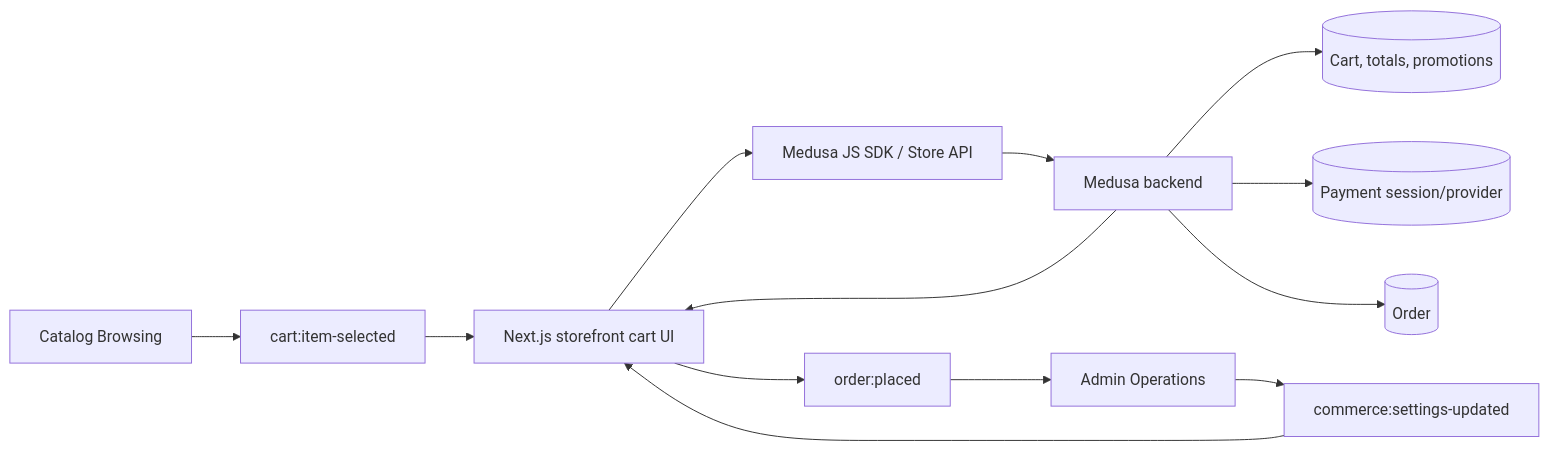
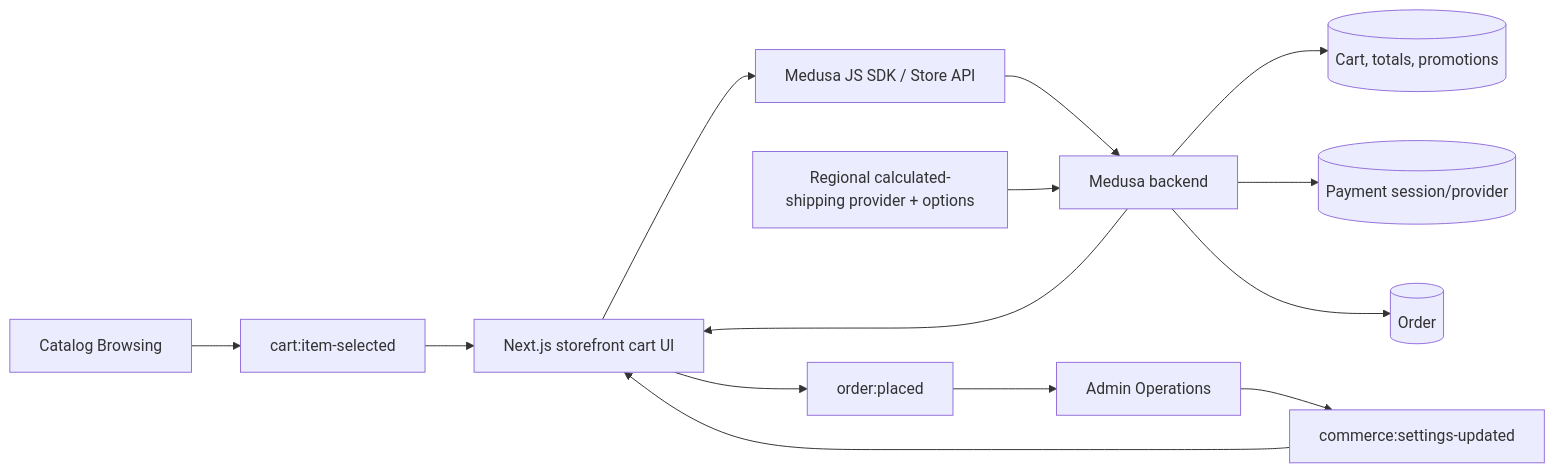
One commit to AtoshaKartosha/sunluk changed the third of 3 diagrams in flows/features/cart-checkout.md. Above: the diagram before and after it, drawn with Mermaid. The commit also changed other lines of this file and 11 other files, not shown here.

````diff
--- a/flows/features/cart-checkout.md
+++ b/flows/features/cart-checkout.md
@@ -89,15 +105,16 @@
 ```mermaid
 flowchart LR
   Catalog[Catalog Browsing] --> Selected[cart:item-selected]
   Selected --> UI[Next.js storefront cart UI]
   Admin[Admin Operations] --> Settings[commerce:settings-updated]
   Settings --> UI
   UI --> SDK[Medusa JS SDK / Store API]
   SDK --> Backend[Medusa backend]
   Backend --> Cart[(Cart, totals, promotions)]
+  Config[Regional calculated-shipping provider + options] --> Backend
   Backend --> Payment[(Payment session/provider)]
   Backend --> Order[(Order)]
   Backend --> UI
   UI --> Placed[order:placed]
   Placed --> Admin
 ```
````
